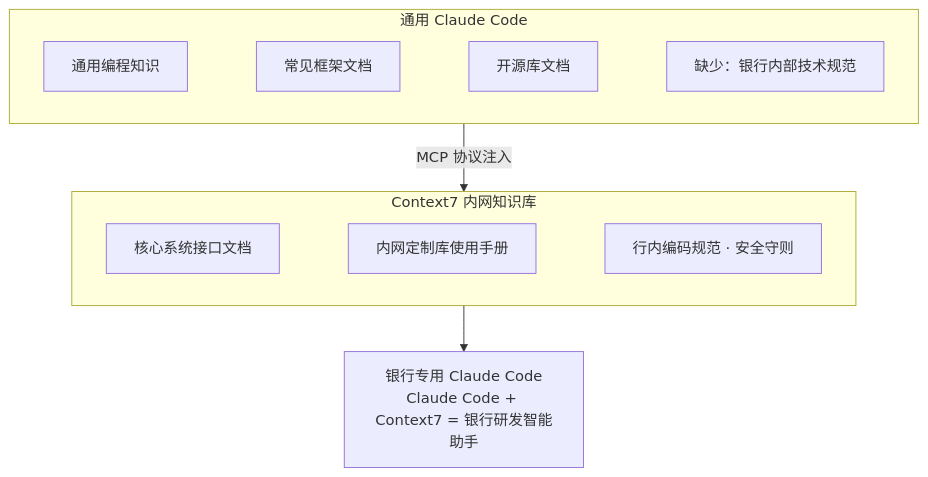
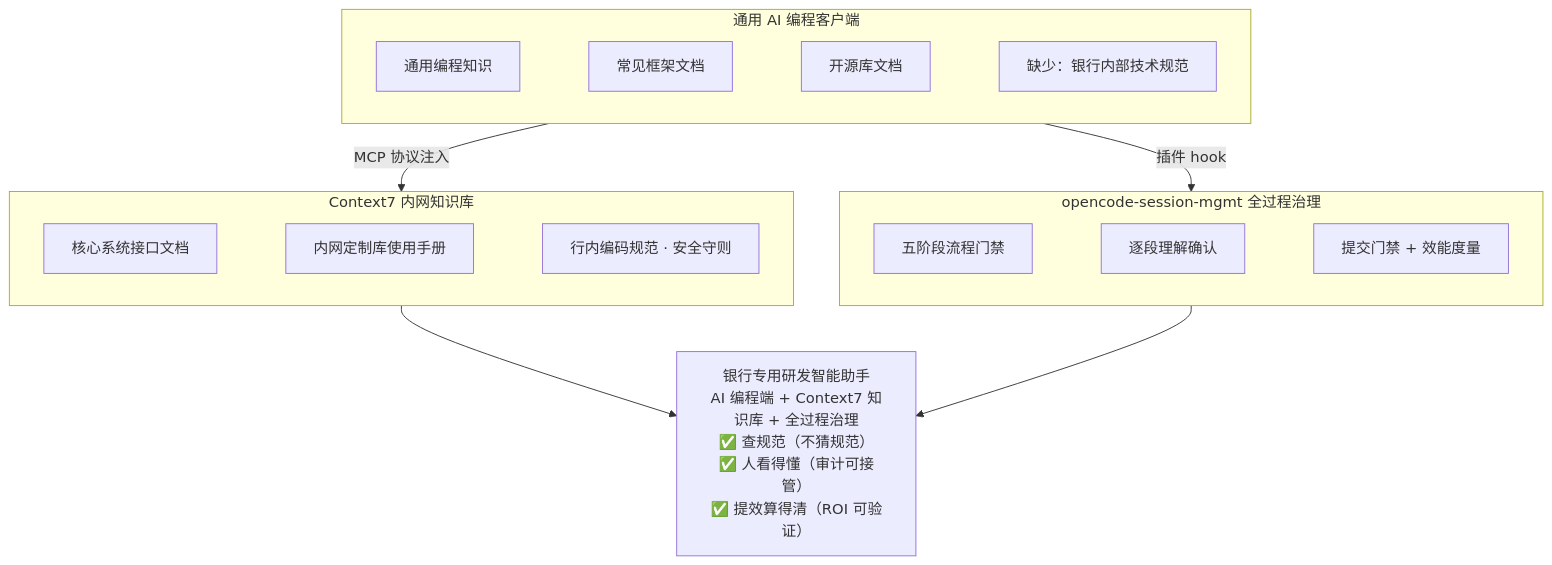
Before and after one commit to wonglaitung/splan: the fifth of 15 diagrams in 2. 银行大模型技术架构总览.md, drawn with Mermaid. The commit also changed other lines of this file and 4 other files, not shown here.

````diff
--- a/2. 银行大模型技术架构总览.md
+++ b/2. 银行大模型技术架构总览.md
@@ -363,20 +388,29 @@
 ```mermaid
 flowchart TB
-    subgraph CC["通用 Claude Code"]
+    subgraph CC["通用 AI 编程客户端"]
         direction LR
         C1["通用编程知识"]
         C2["常见框架文档"]
         C3["开源库文档"]
         C4["缺少：银行内部技术规范"]
         C1 ~~~ C2 ~~~ C3 ~~~ C4
     end
     subgraph CTX["Context7 内网知识库"]
         direction LR
         X1["核心系统接口文档"]
         X2["内网定制库使用手册"]
         X3["行内编码规范 · 安全守则"]
         X1 ~~~ X2 ~~~ X3
     end
+    subgraph GW["opencode-session-mgmt 全过程治理"]
+        direction LR
+        G1["五阶段流程门禁"]
+        G2["逐段理解确认"]
+        G3["提交门禁 + 效能度量"]
+        G1 ~~~ G2 ~~~ G3
+    end
     CC -->|MCP 协议注入| CTX
-    CTX --> R["银行专用 Claude Code<br/>Claude Code + Context7 = 银行研发智能助手"]
+    CC -->|插件 hook| GW
+    CTX --> R["银行专用研发智能助手<br/>AI 编程端 + Context7 知识库 + 全过程治理<br/>✅ 查规范（不猜规范）<br/>✅ 人看得懂（审计可接管）<br/>✅ 提效算得清（ROI 可验证）"]
+    GW --> R
 ```
````
